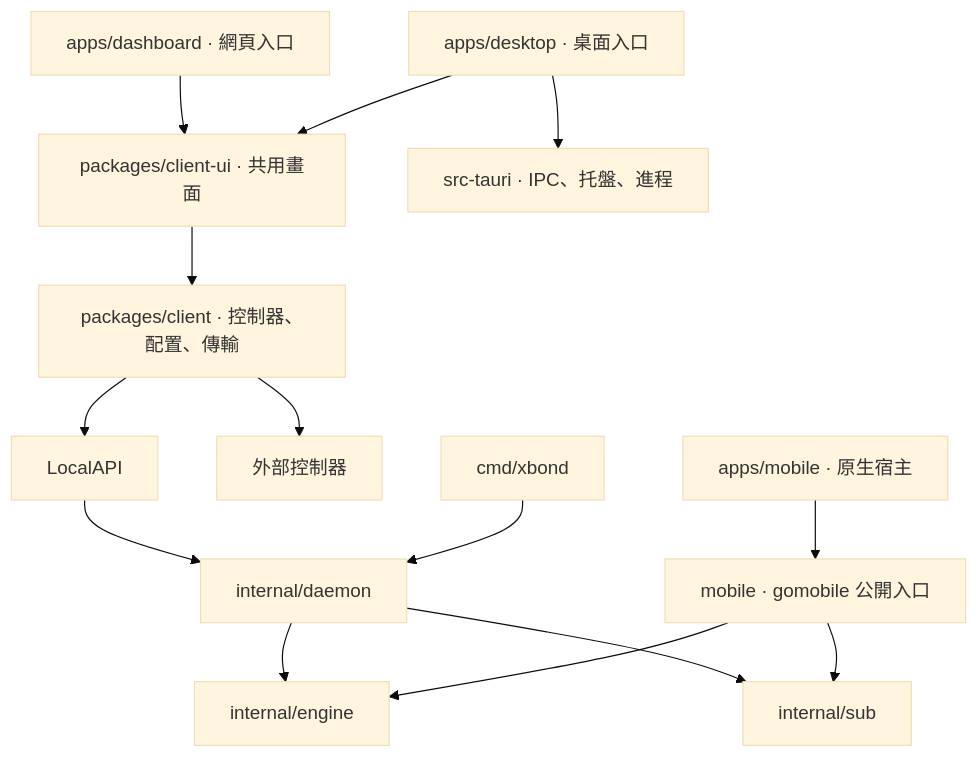
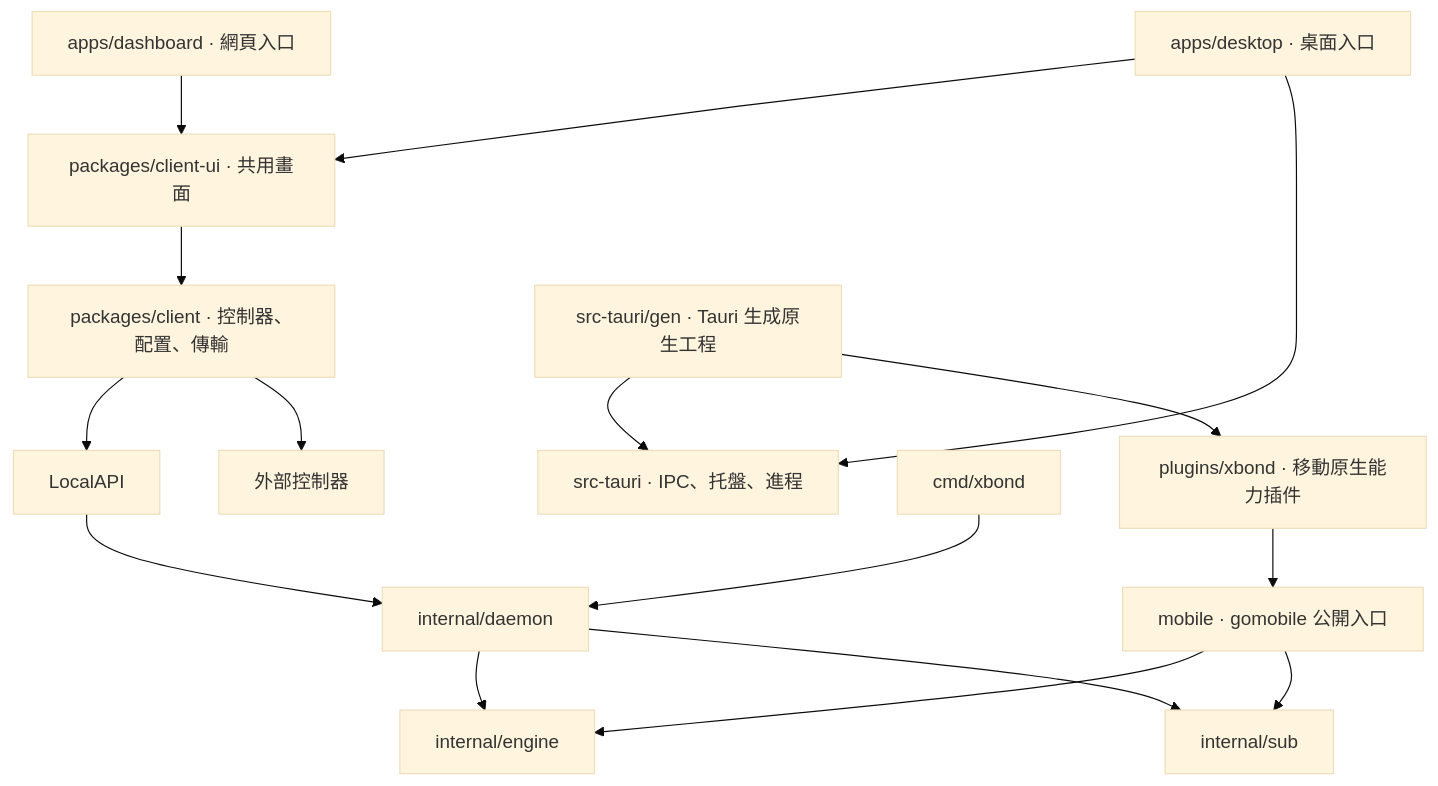
The diagram in docs/architecture/client-system.md (openxbond/xbond), drawn with Mermaid (base theme) before and after one commit. The commit also changed other lines of this file and 177 other files, not shown here.

Commit message:
build: unify desktop and mobile in the Tauri app

````diff
--- a/docs/architecture/client-system.md
+++ b/docs/architecture/client-system.md
@@ -7,16 +7,18 @@
 ```mermaid
 flowchart TD
   Dashboard["apps/dashboard · 網頁入口"] --> UI["packages/client-ui · 共用畫面"]
   Desktop["apps/desktop · 桌面入口"] --> UI
   UI --> Client["packages/client · 控制器、配置、傳輸"]
   Desktop --> Tauri["src-tauri · IPC、托盤、進程"]
   Client --> Local["LocalAPI"]
   Client --> Remote["外部控制器"]
   Local --> Daemon["internal/daemon"]
   CLI["cmd/xbond"] --> Daemon
   Daemon --> Engine["internal/engine"]
   Daemon --> Sub["internal/sub"]
-  Mobile["apps/mobile · 原生宿主"] --> Binding["mobile · gomobile 公開入口"]
+  Mobile["src-tauri/gen · Tauri 生成原生工程"] --> Tauri
+  Mobile --> Plugin["plugins/xbond · 移動原生能力插件"]
+  Plugin --> Binding["mobile · gomobile 公開入口"]
   Binding --> Engine
   Binding --> Sub
 ```
````
